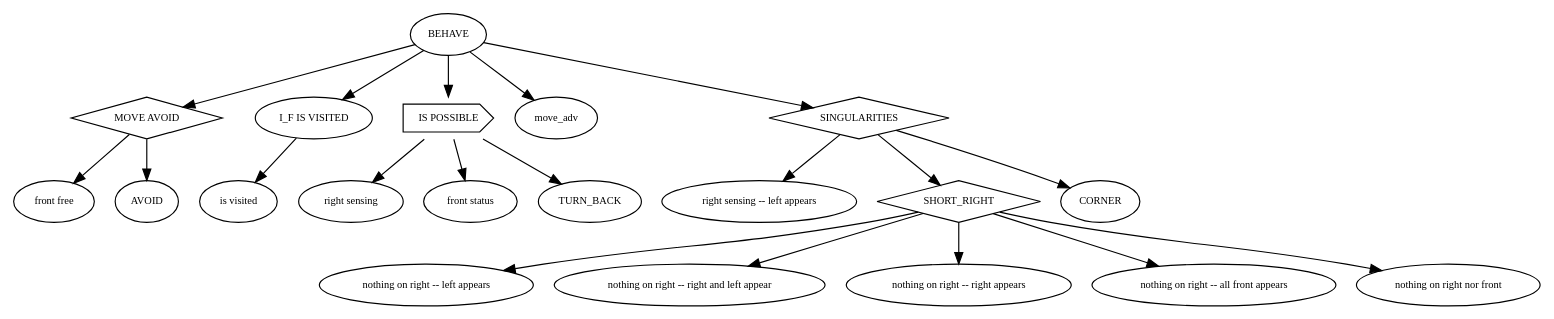
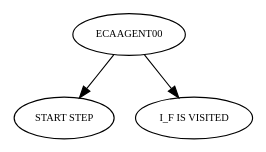
The diagram in tree.dot (jescasany/adaptor001), drawn with Graphviz before and after one commit. The commit also changed 11 other files, not shown here.

Commit message:
Major changes done to a number of files and the architecture

```diff
--- a/tree.dot
+++ b/tree.dot
@@ -1,32 +1,11 @@
 strict digraph  {
 	graph [bgcolor=white,
 		ordering=out,
 		rotate=0
 	];
 	node [color=black,
 		fontsize=9
 	];
-	"MOVE AVOID"	 [shape=diamond];
-	BEHAVE -> "MOVE AVOID";
-	BEHAVE -> "I_F IS VISITED";
-	"IS POSSIBLE"	 [shape=cds];
-	BEHAVE -> "IS POSSIBLE";
-	BEHAVE -> move_adv;
-	SINGULARITIES	 [shape=diamond];
-	BEHAVE -> SINGULARITIES;
-	"MOVE AVOID" -> "front free";
-	"MOVE AVOID" -> AVOID;
-	"I_F IS VISITED" -> "is visited";
-	"IS POSSIBLE" -> "right sensing";
-	"IS POSSIBLE" -> "front status";
-	"IS POSSIBLE" -> TURN_BACK;
-	SINGULARITIES -> "right sensing -- left appears";
-	SHORT_RIGHT	 [shape=diamond];
-	SINGULARITIES -> SHORT_RIGHT;
-	SINGULARITIES -> CORNER;
-	SHORT_RIGHT -> "nothing on right -- left appears";
-	SHORT_RIGHT -> "nothing on right -- right and left appear";
-	SHORT_RIGHT -> "nothing on right -- right appears";
-	SHORT_RIGHT -> "nothing on right -- all front appears";
-	SHORT_RIGHT -> "nothing on right nor front";
+	ECAAGENT00 -> "START STEP";
+	ECAAGENT00 -> "I_F IS VISITED";
 }
```
